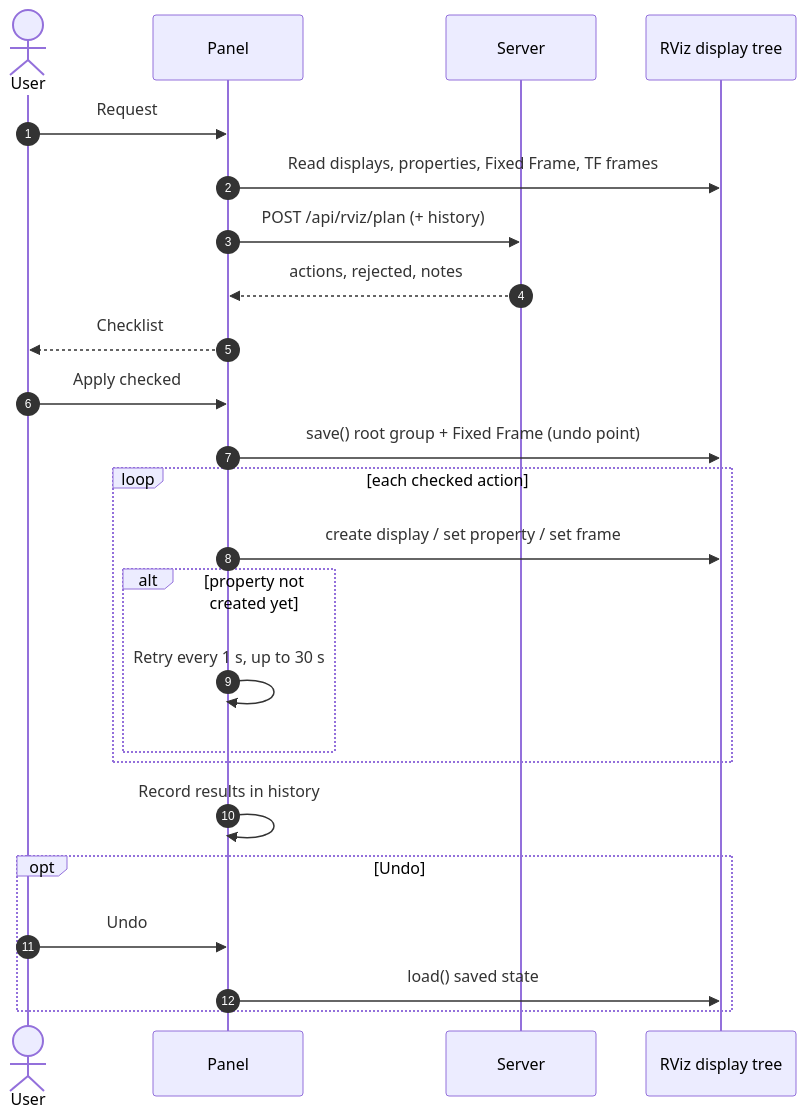
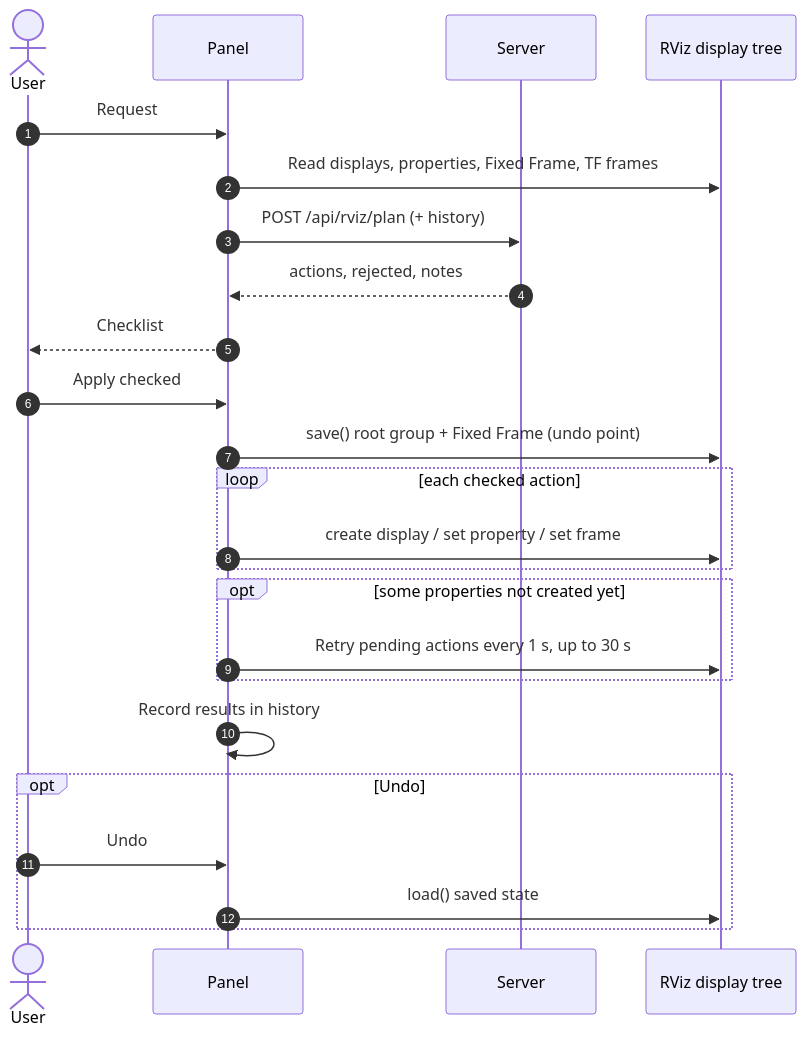
One commit to Animesh2507/dds-autodiag changed the third of 4 diagrams in docs/architecture/flows.md. Above: the diagram before and after it, drawn with Mermaid. The commit also changed other lines of this file and 35 other files, not shown here.

````diff
--- a/docs/architecture/flows.md
+++ b/docs/architecture/flows.md
@@ -54,26 +58,26 @@
 ```mermaid
 sequenceDiagram
     autonumber
     actor U as User
     participant P as Panel
     participant S as Server
     participant R as RViz display tree
     U->>P: Request
     P->>R: Read displays, properties, Fixed Frame, TF frames
     P->>S: POST /api/rviz/plan (+ history)
     S-->>P: actions, rejected, notes
     P-->>U: Checklist
     U->>P: Apply checked
     P->>R: save() root group + Fixed Frame (undo point)
     loop each checked action
         P->>R: create display / set property / set frame
-        alt property not created yet
-            P->>P: Retry every 1 s, up to 30 s
-        end
+    end
+    opt some properties not created yet
+        P->>R: Retry pending actions every 1 s, up to 30 s
     end
     P->>P: Record results in history
     opt Undo
         U->>P: Undo
         P->>R: load() saved state
     end
 ```
````
